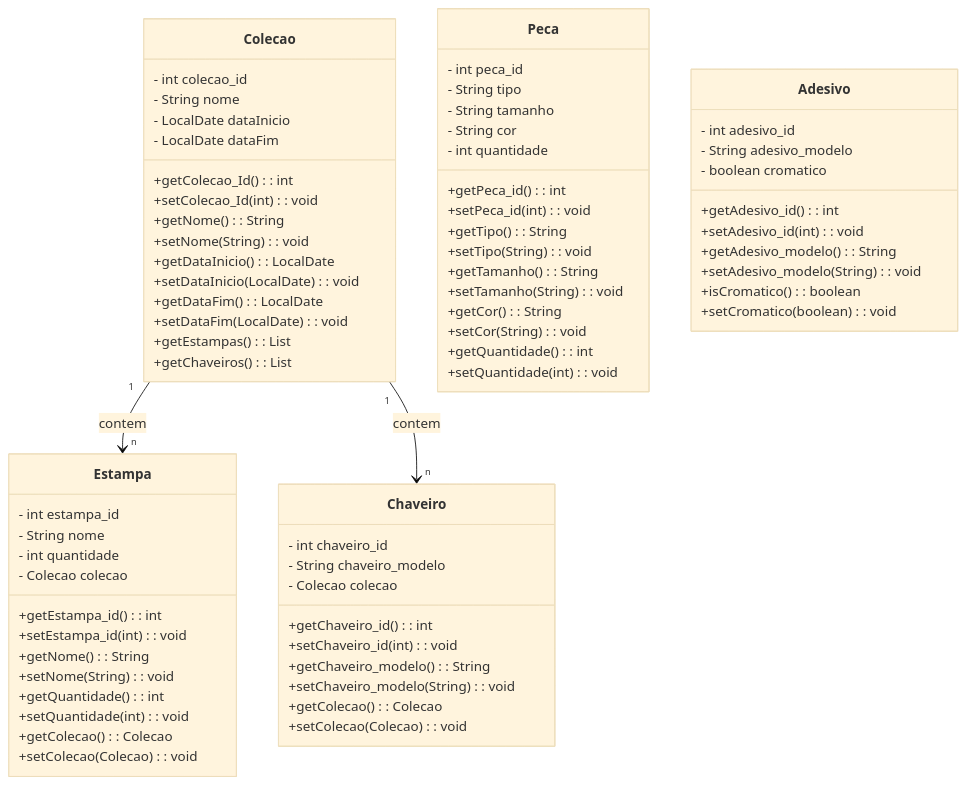
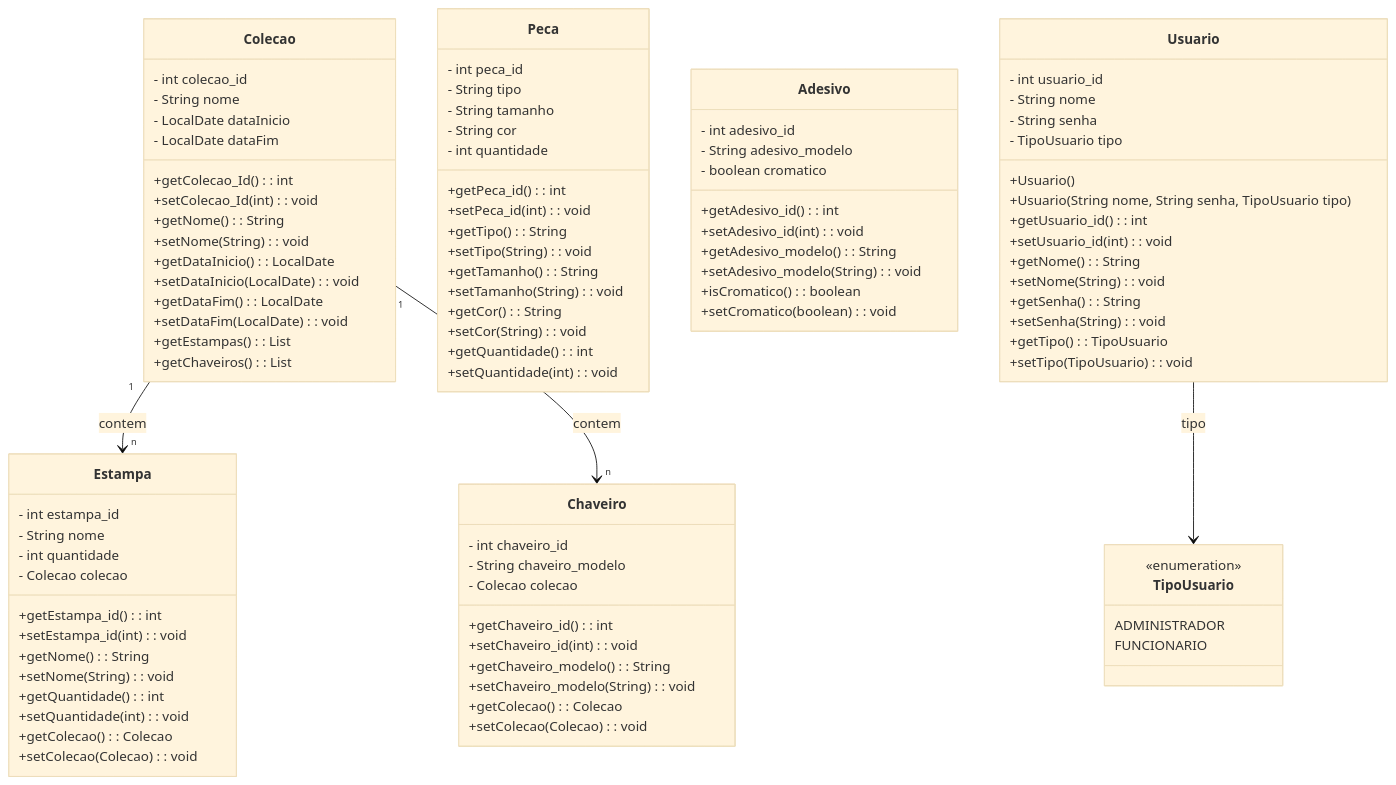
One commit to FeltrinLM/Journey_Back-end changed the diagram in artefatos/diagramas/ClassesUML.mmd. Above: the diagram before and after it, drawn with Mermaid (base theme). The commit also changed 7 other files, not shown here.

```diff
--- a/artefatos/diagramas/ClassesUML.mmd
+++ b/artefatos/diagramas/ClassesUML.mmd
@@ -1,80 +1,103 @@
 classDiagram
 
     class Colecao {
         - int colecao_id
         - String nome
         - LocalDate dataInicio
         - LocalDate dataFim
         +getColecao_Id(): int
         +setColecao_Id(int): void
         +getNome(): String
         +setNome(String): void
         +getDataInicio(): LocalDate
         +setDataInicio(LocalDate): void
         +getDataFim(): LocalDate
         +setDataFim(LocalDate): void
         +getEstampas(): List<Estampa>
         +getChaveiros(): List<Chaveiro>
     }
 
     class Estampa {
         - int estampa_id
         - String nome
         - int quantidade
         - Colecao colecao
         +getEstampa_id(): int
         +setEstampa_id(int): void
         +getNome(): String
         +setNome(String): void
         +getQuantidade(): int
         +setQuantidade(int): void
         +getColecao(): Colecao
         +setColecao(Colecao): void
     }
 
     class Peca {
         - int peca_id
         - String tipo
         - String tamanho
         - String cor
         - int quantidade
         +getPeca_id(): int
         +setPeca_id(int): void
         +getTipo(): String
         +setTipo(String): void
         +getTamanho(): String
         +setTamanho(String): void
         +getCor(): String
         +setCor(String): void
         +getQuantidade(): int
         +setQuantidade(int): void
     }
 
 
     class Chaveiro {
         - int chaveiro_id
         - String chaveiro_modelo
         - Colecao colecao
         +getChaveiro_id(): int
         +setChaveiro_id(int): void
         +getChaveiro_modelo(): String
         +setChaveiro_modelo(String): void
         +getColecao(): Colecao
         +setColecao(Colecao): void
     }
 
     class Adesivo {
         - int adesivo_id
         - String adesivo_modelo
         - boolean cromatico
         +getAdesivo_id(): int
         +setAdesivo_id(int): void
         +getAdesivo_modelo(): String
         +setAdesivo_modelo(String): void
         +isCromatico(): boolean
         +setCromatico(boolean): void
     }
 
+    class Usuario {
+        - int usuario_id
+        - String nome
+        - String senha
+        - TipoUsuario tipo
+        +Usuario()
+        +Usuario(String nome, String senha, TipoUsuario tipo)
+        +getUsuario_id(): int
+        +setUsuario_id(int): void
+        +getNome(): String
+        +setNome(String): void
+        +getSenha(): String
+        +setSenha(String): void
+        +getTipo(): TipoUsuario
+        +setTipo(TipoUsuario): void
+    }
+
+    class TipoUsuario {
+        <<enumeration>>
+        ADMINISTRADOR
+        FUNCIONARIO
+        }
 
 Colecao "1" --> "n" Estampa : contem
 Colecao "1" --> "n" Chaveiro : contem
+Usuario --> TipoUsuario : tipo
```
